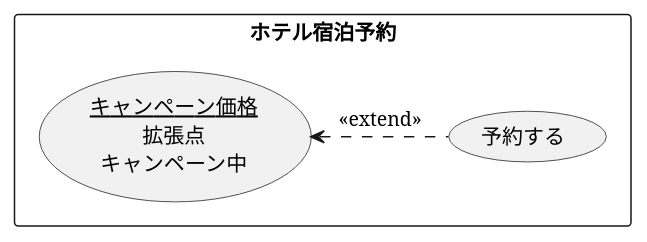
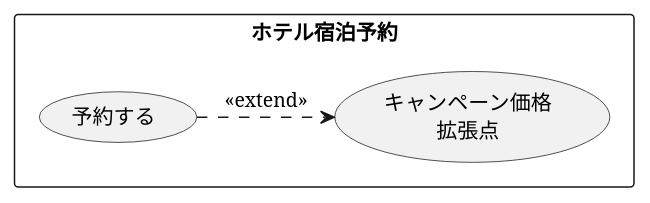
One commit to tokusanai/uml-intro changed the diagram in 演習2-4_キャンペーン中のホテル宿泊予約.pu. Above: the diagram before and after it, drawn with PlantUML. The commit also changed 2 other files, not shown here.

```diff
--- a/演習2-4_キャンペーン中のホテル宿泊予約.pu
+++ b/演習2-4_キャンペーン中のホテル宿泊予約.pu
@@ -1,8 +1,8 @@
-@startuml ユースケース図
+@startuml
 rectangle ホテル宿泊予約 {
-usecase 予約する
-usecase (<u>キャンペーン価格</u>\n拡張点\nキャンペーン中) as input
+  usecase 予約する
+  usecase (キャンペーン価格\n拡張点) as input
 }
-input <. (予約する) : <<extend>>
 
+(予約する) .> (input) : <<extend>>
 @enduml
```
